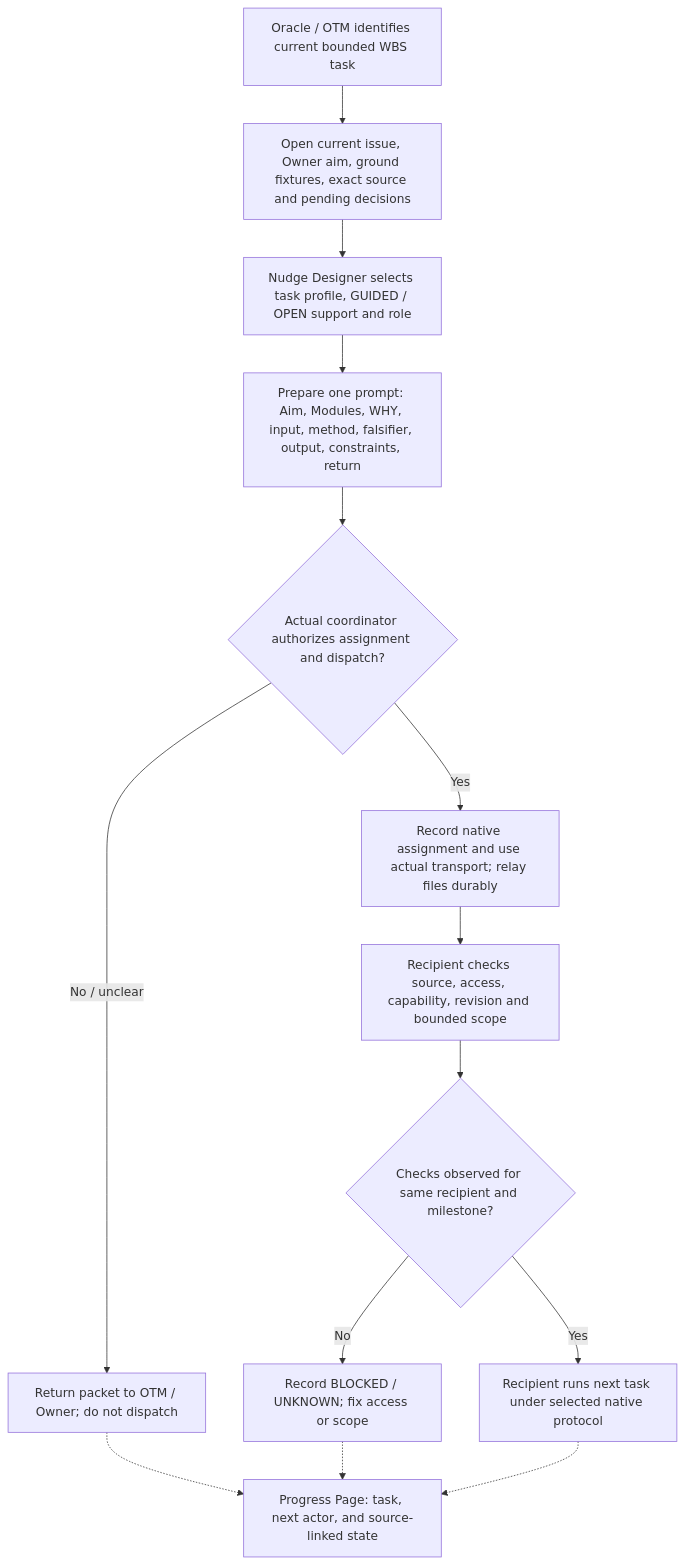
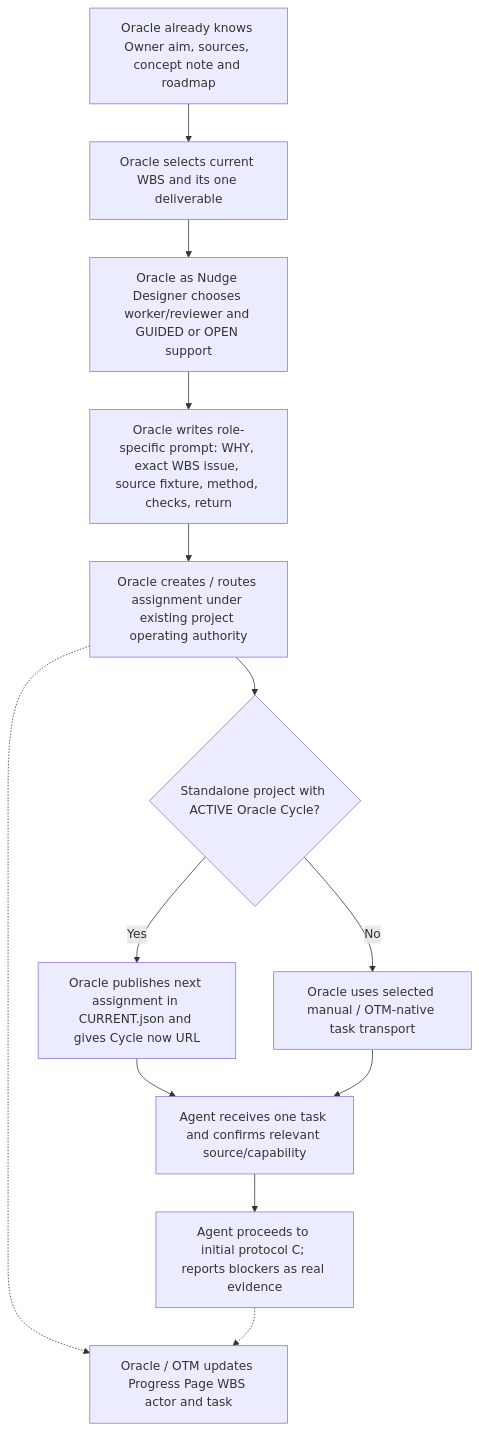
The second of 5 diagrams in skills/agent-work/ENTRY_PROCESS_MAPS.md (reallakshman19/Common), drawn with Mermaid before and after one commit. The commit also changed other lines of this file, not shown here.

Commit message:
docs(agent-work): correct five maps for Oracle ownership, Cycle now, v3.6 and project Home

````diff
--- a/skills/agent-work/ENTRY_PROCESS_MAPS.md
+++ b/skills/agent-work/ENTRY_PROCESS_MAPS.md
@@ -44,16 +39,15 @@
 ```mermaid
 flowchart TD
-  B0["Oracle / OTM identifies current bounded WBS task"] --> B1["Open current issue, Owner aim, ground fixtures, exact source and pending decisions"]
-  B1 --> B2["Nudge Designer selects task profile, GUIDED / OPEN support and role"]
-  B2 --> B3["Prepare one prompt: Aim, Modules, WHY, input, method, falsifier, output, constraints, return"]
-  B3 --> B4{"Actual coordinator authorizes assignment and dispatch?"}
-  B4 -->|No / unclear| BH["Return packet to OTM / Owner; do not dispatch"]
-  B4 -->|Yes| B5["Record native assignment and use actual transport; relay files durably"]
-  B5 --> B6["Recipient checks source, access, capability, revision and bounded scope"]
-  B6 --> B7{"Checks observed for same recipient and milestone?"}
-  B7 -->|No| BH2["Record BLOCKED / UNKNOWN; fix access or scope"]
-  B7 -->|Yes| B8["Recipient runs next task under selected native protocol"]
-  BH -.-> BP["Progress Page: task, next actor, and source-linked state"]
-  BH2 -.-> BP
-  B8 -.-> BP
+  B0["Oracle already knows Owner aim, sources, concept note and roadmap"] --> B1["Oracle selects current WBS and its one deliverable"]
+  B1 --> B2["Oracle as Nudge Designer chooses worker/reviewer and GUIDED or OPEN support"]
+  B2 --> B3["Oracle writes role-specific prompt: WHY, exact WBS issue, source fixture, method, checks, return"]
+  B3 --> B4["Oracle creates / routes assignment under existing project operating authority"]
+  B4 --> B5{"Standalone project with ACTIVE Oracle Cycle?"}
+  B5 -->|Yes| B6["Oracle publishes next assignment in CURRENT.json and gives Cycle now URL"]
+  B5 -->|No| B7["Oracle uses selected manual / OTM-native task transport"]
+  B6 --> B8["Agent receives one task and confirms relevant source/capability"]
+  B7 --> B8
+  B8 --> B9["Agent proceeds to initial protocol C; reports blockers as real evidence"]
+  B4 -.-> BP["Oracle / OTM updates Progress Page WBS actor and task"]
+  B9 -.-> BP
 ```
````
